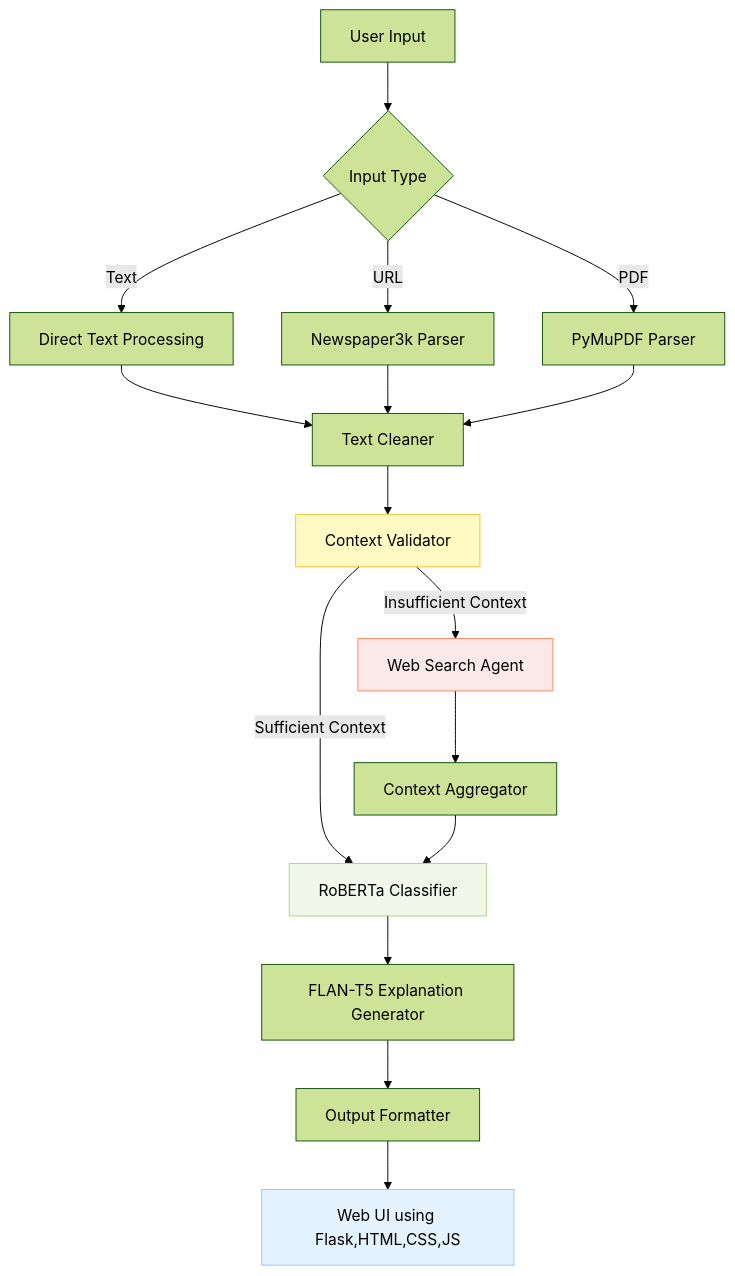
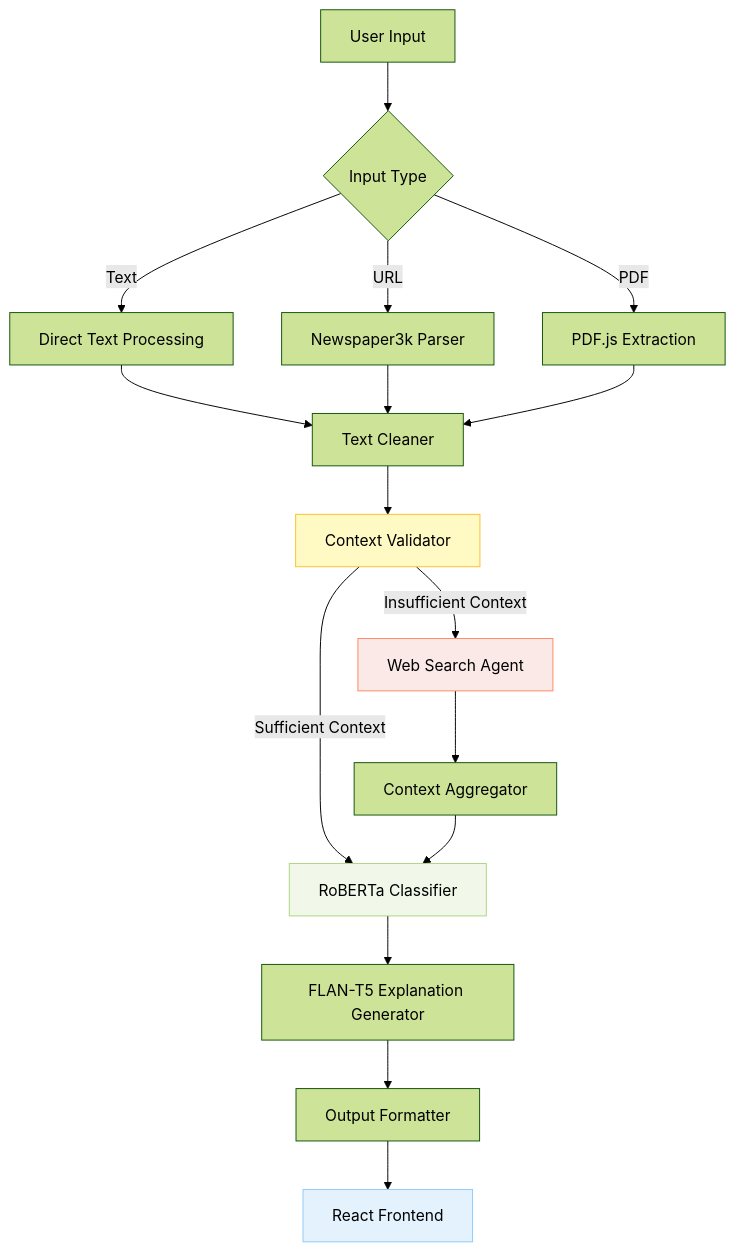
One commit to Md-Emon-Hasan/InformaTruth changed the diagram in README.md. Above: the diagram before and after it, drawn with Mermaid (forest theme). The commit also changed other lines of this file and 147 other files, not shown here.

````diff
--- a/README.md
+++ b/README.md
@@ -144,28 +208,28 @@
 ```mermaid
 graph TD
     A[User Input] --> B{Input Type}
     B -->|Text| C[Direct Text Processing]
     B -->|URL| D[Newspaper3k Parser]
-    B -->|PDF| E[PyMuPDF Parser]
+    B -->|PDF| E[PDF.js Extraction]
 
     C --> F[Text Cleaner]
     D --> F
     E --> F
 
     F --> G[Context Validator]
     G -->|Sufficient Context| H[RoBERTa Classifier]
     G -->|Insufficient Context| I[Web Search Agent]
     
     I --> J[Context Aggregator]
     J --> H
 
     H --> K[FLAN-T5 Explanation Generator]
     K --> L[Output Formatter]
     
-    L --> M[Web UI using Flask,HTML,CSS,JS]
+    L --> M[React Frontend]
 
     style M fill:#e3f2fd,stroke:#90caf9
     style G fill:#fff9c4,stroke:#fbc02d
     style I fill:#fbe9e7,stroke:#ff8a65
     style H fill:#f1f8e9,stroke:#aed581
 ```
````
